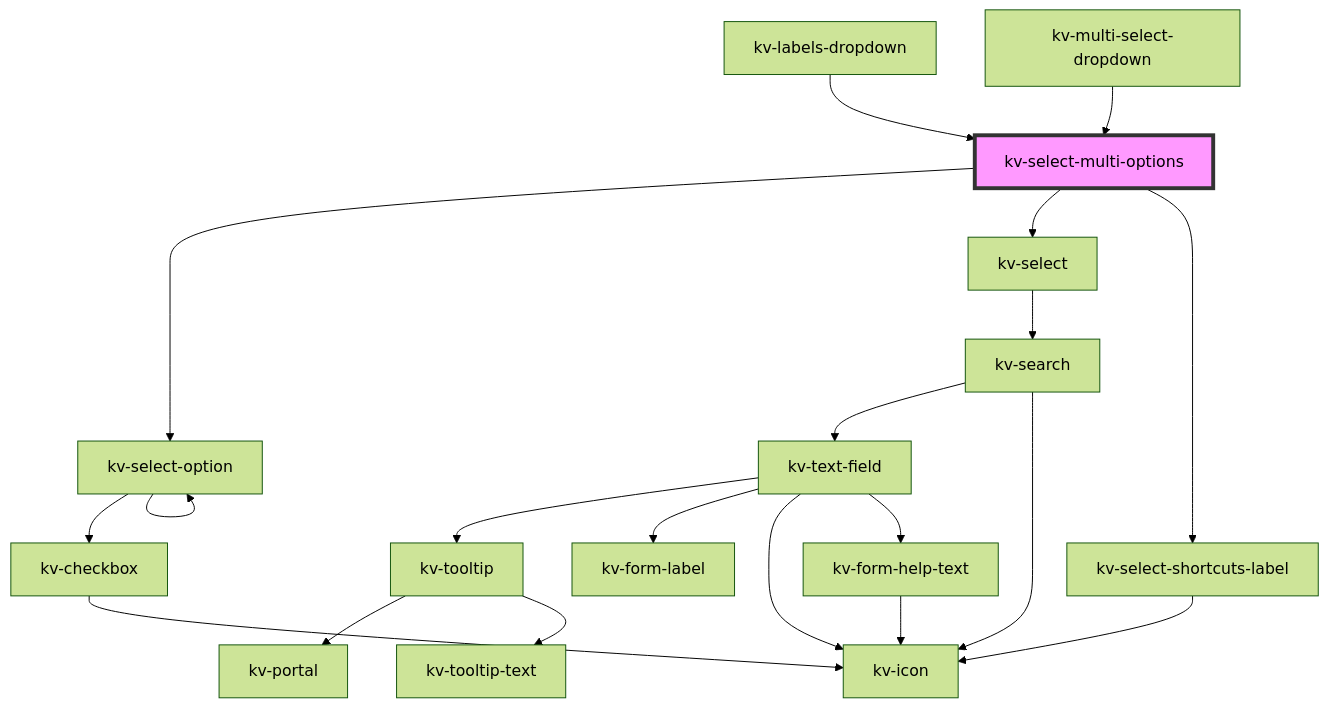
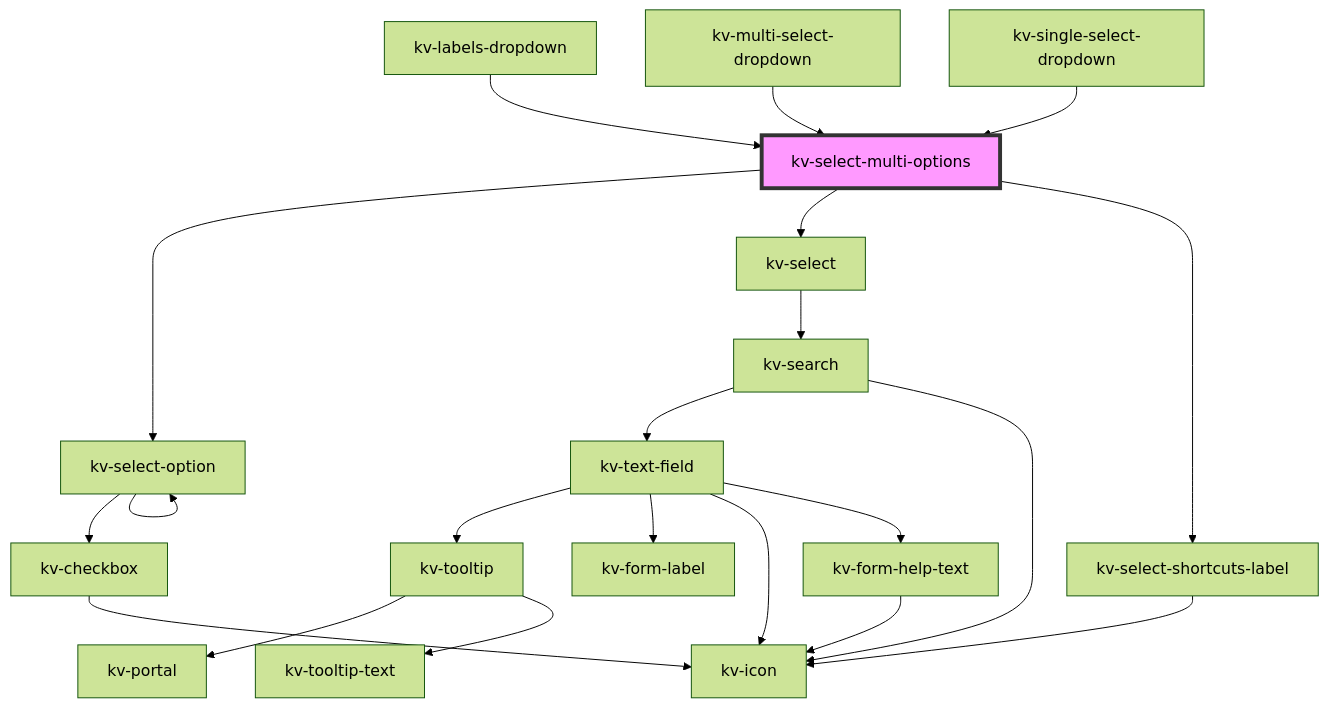
The diagram in packages/ui-components/src/components/select-multi-options/readme.md (kelvininc/ui-components), drawn with Mermaid (forest theme) before and after one commit. The commit also changed other lines of this file and 35 other files, not shown here.

First line of the commit message:
feat(dropdowns)!: reuse `kv-select-multi-options` component in `kv-single-select-dropdown` component

````diff
--- a/packages/ui-components/src/components/select-multi-options/readme.md
+++ b/packages/ui-components/src/components/select-multi-options/readme.md
@@ -73,23 +82,24 @@
 ```mermaid
 graph TD;
   kv-select-multi-options --> kv-select-option
   kv-select-multi-options --> kv-select
   kv-select-multi-options --> kv-select-shortcuts-label
   kv-select-option --> kv-checkbox
   kv-select-option --> kv-select-option
   kv-checkbox --> kv-icon
   kv-select --> kv-search
   kv-search --> kv-text-field
   kv-search --> kv-icon
   kv-text-field --> kv-tooltip
   kv-text-field --> kv-form-label
   kv-text-field --> kv-icon
   kv-text-field --> kv-form-help-text
   kv-tooltip --> kv-portal
   kv-tooltip --> kv-tooltip-text
   kv-form-help-text --> kv-icon
   kv-select-shortcuts-label --> kv-icon
   kv-labels-dropdown --> kv-select-multi-options
   kv-multi-select-dropdown --> kv-select-multi-options
+  kv-single-select-dropdown --> kv-select-multi-options
   style kv-select-multi-options fill:#f9f,stroke:#333,stroke-width:4px
 ```
````
